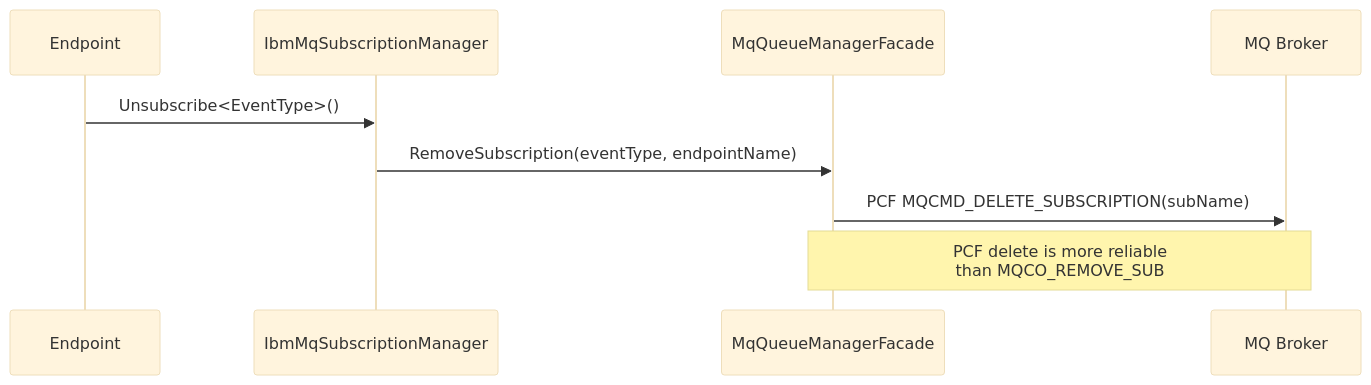
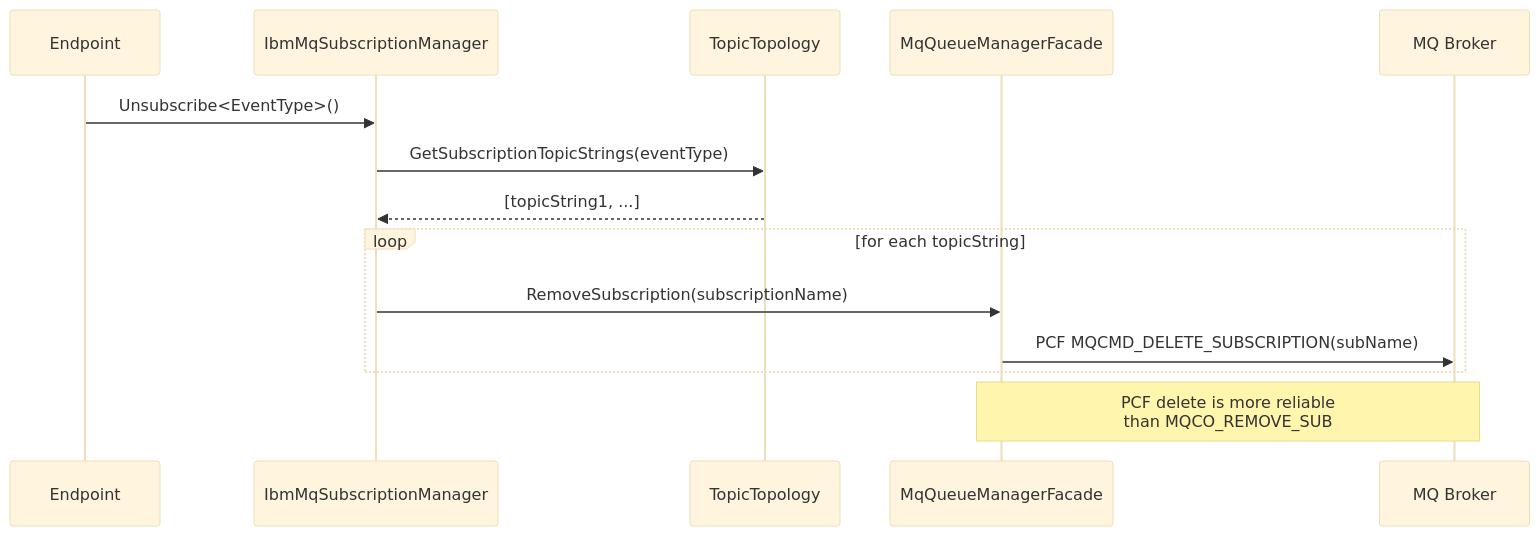
The third of 3 diagrams in docs/topology.md (Particular/NServiceBus.Transport.IBMMQ), drawn with Mermaid (base theme) before and after one commit. The commit also changed other lines of this file and 24 other files, not shown here.

First line of the commit message:
✨ Add TopicPerEvent pub/sub topology with subscriber-side fan-out

````diff
--- a/docs/topology.md
+++ b/docs/topology.md
@@ -103,12 +81,17 @@
 ```mermaid
 sequenceDiagram
     participant E as Endpoint
     participant SM as IbmMqSubscriptionManager
+    participant T as TopicTopology
     participant F as MqQueueManagerFacade
     participant MQ as MQ Broker
 
     E->>SM: Unsubscribe<EventType>()
-    SM->>F: RemoveSubscription(eventType, endpointName)
-    F->>MQ: PCF MQCMD_DELETE_SUBSCRIPTION(subName)
+    SM->>T: GetSubscriptionTopicStrings(eventType)
+    T-->>SM: [topicString1, ...]
+    loop for each topicString
+        SM->>F: RemoveSubscription(subscriptionName)
+        F->>MQ: PCF MQCMD_DELETE_SUBSCRIPTION(subName)
+    end
     Note over F,MQ: PCF delete is more reliable<br/>than MQCO_REMOVE_SUB
 ```
````
